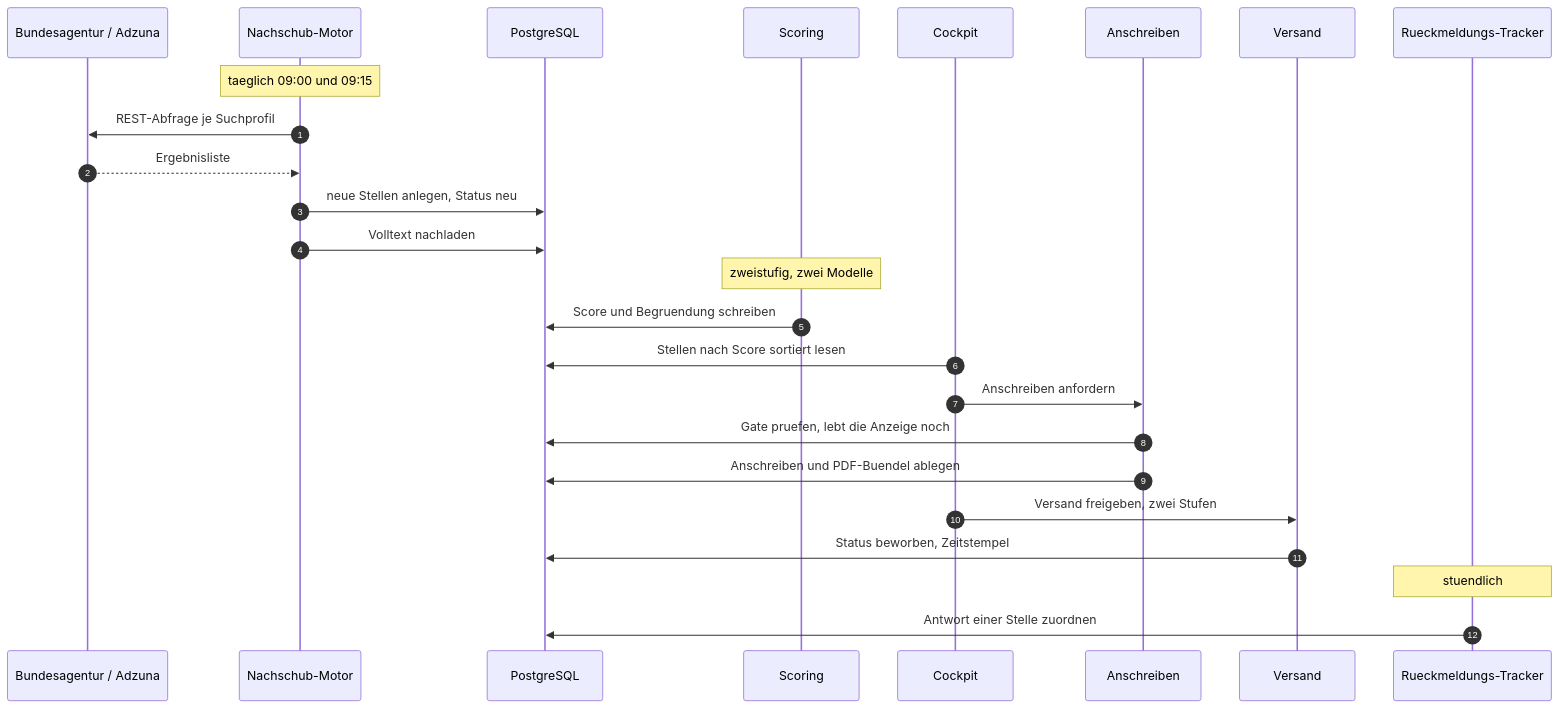
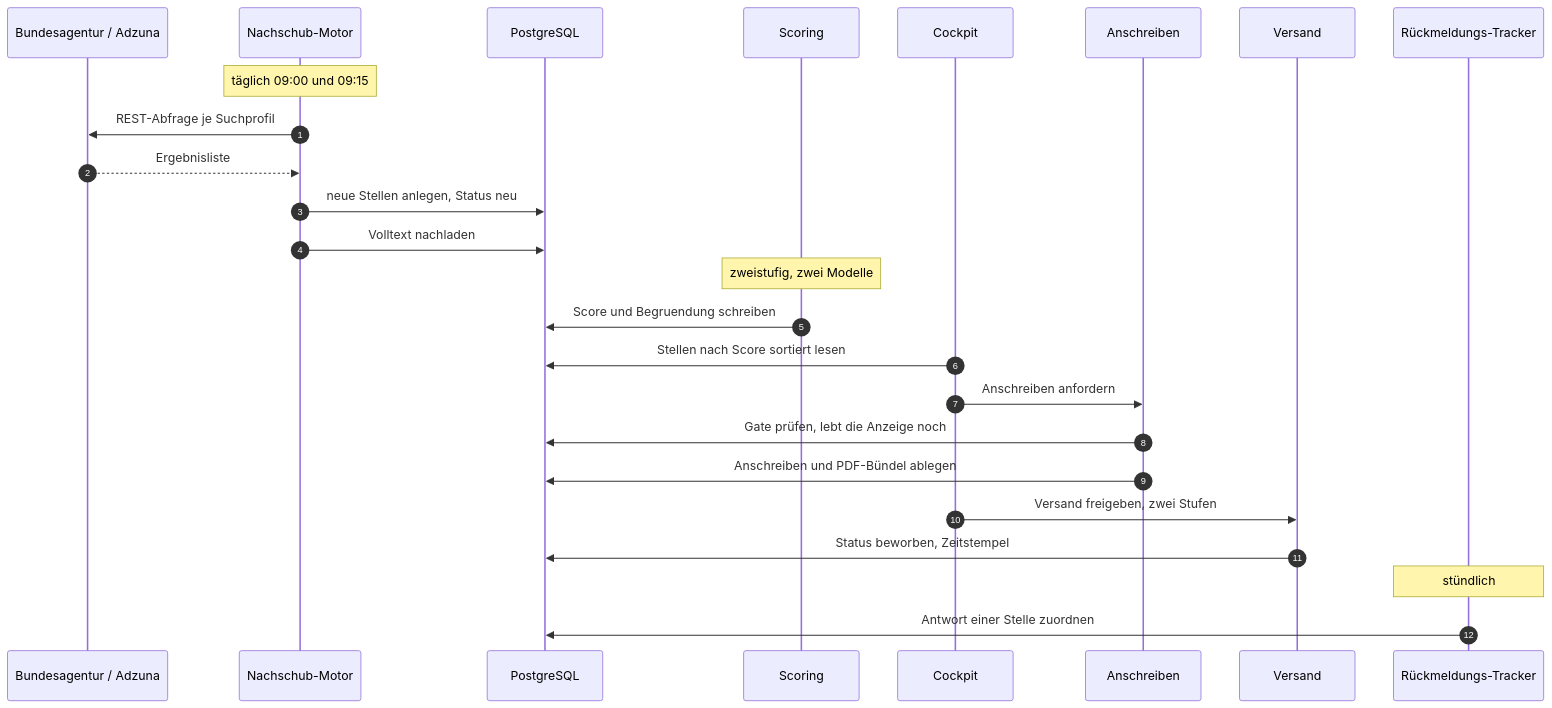
Before and after one commit to Oktay-94/n8n-job-automation: the second of 4 diagrams in README.md, drawn with Mermaid. The commit also changed other lines of this file, not shown here.

Commit message:
README: Umlaute im Fliesstext und in den Diagrammen

````diff
--- a/README.md
+++ b/README.md
@@ -80,28 +80,28 @@
 ```mermaid
 sequenceDiagram
     autonumber
     participant Q as Bundesagentur / Adzuna
     participant NS as Nachschub-Motor
     participant DB as PostgreSQL
     participant SC as Scoring
     participant UI as Cockpit
     participant B7 as Anschreiben
     participant VS as Versand
-    participant RT as Rueckmeldungs-Tracker
+    participant RT as Rückmeldungs-Tracker
 
-    Note over NS: taeglich 09:00 und 09:15
+    Note over NS: täglich 09:00 und 09:15
     NS->>Q: REST-Abfrage je Suchprofil
     Q-->>NS: Ergebnisliste
     NS->>DB: neue Stellen anlegen, Status neu
     NS->>DB: Volltext nachladen
     Note over SC: zweistufig, zwei Modelle
     SC->>DB: Score und Begruendung schreiben
     UI->>DB: Stellen nach Score sortiert lesen
     UI->>B7: Anschreiben anfordern
-    B7->>DB: Gate pruefen, lebt die Anzeige noch
-    B7->>DB: Anschreiben und PDF-Buendel ablegen
+    B7->>DB: Gate prüfen, lebt die Anzeige noch
+    B7->>DB: Anschreiben und PDF-Bündel ablegen
     UI->>VS: Versand freigeben, zwei Stufen
     VS->>DB: Status beworben, Zeitstempel
-    Note over RT: stuendlich
+    Note over RT: stündlich
     RT->>DB: Antwort einer Stelle zuordnen
 ```
````
